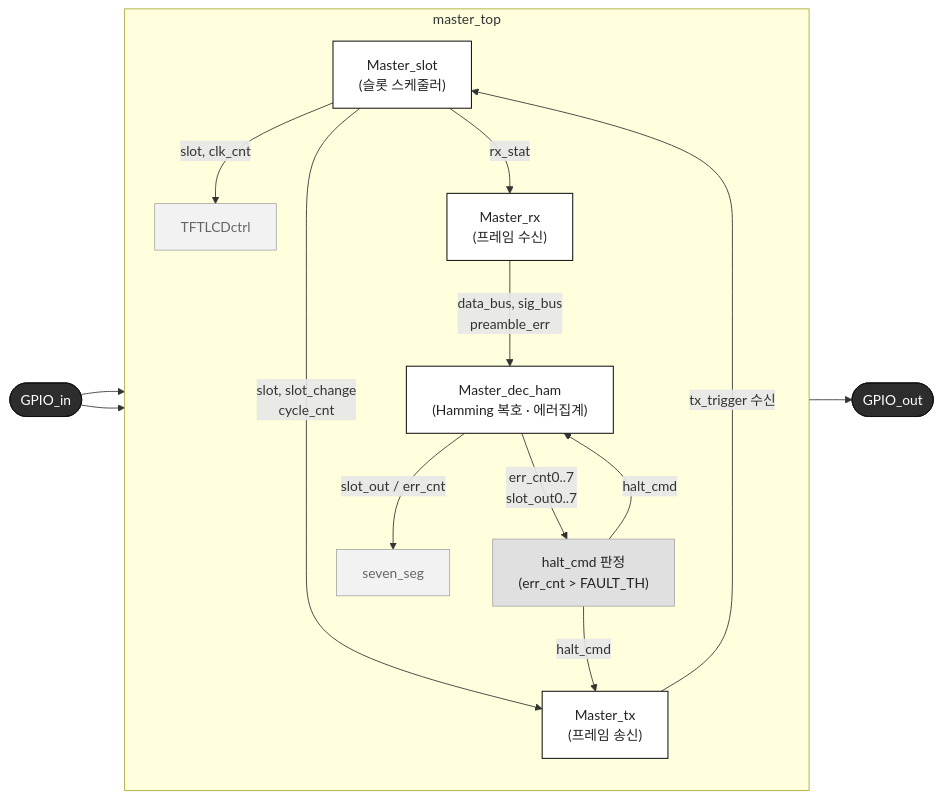
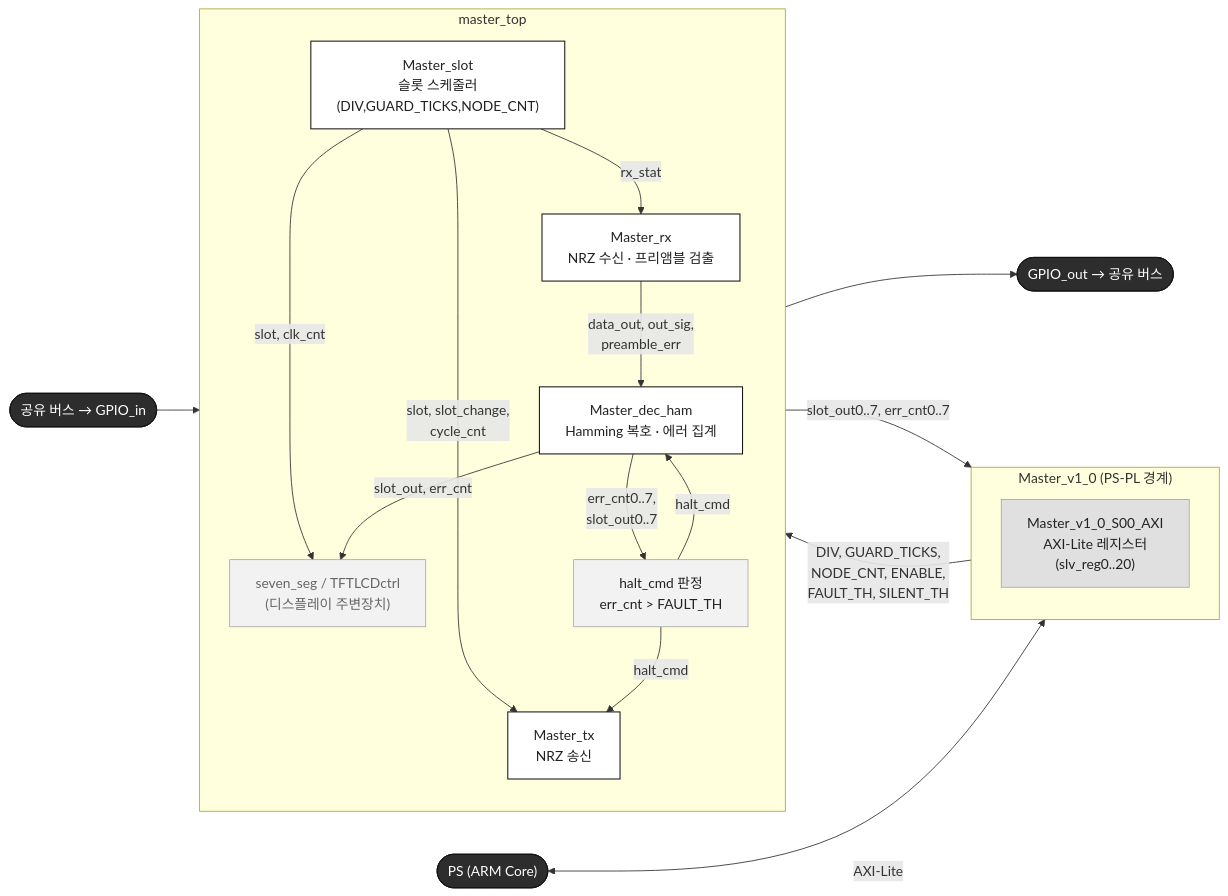
One commit to Woodong02/SoC_Design_and_Programming changed the diagram in diagrams/master_block.mmd. Above: the diagram before and after it, drawn with Mermaid. The commit also changed 1 other file, not shown here.

Commit message:
마스터 내부 블록도 초안 추가 (AXI-PS 경계 포함)

```diff
--- a/diagrams/master_block.mmd
+++ b/diagrams/master_block.mmd
@@ -1,33 +1,42 @@
 flowchart LR
-    subgraph MasterTop ["master_top"]
+    PS(["PS (ARM Core)"]):::io
+
+    subgraph V1 ["Master_v1_0 (PS-PL 경계)"]
         direction TB
-        SLOT["Master_slot<br/>(슬롯 스케줄러)"]:::core
-        TX["Master_tx<br/>(프레임 송신)"]:::core
-        RX["Master_rx<br/>(프레임 수신)"]:::core
-        DEC["Master_dec_ham<br/>(Hamming 복호 · 에러집계)"]:::core
-        HALT["halt_cmd 판정<br/>(err_cnt > FAULT_TH)"]:::logic
-        SEG["seven_seg"]:::periph
-        LCD["TFTLCDctrl"]:::periph
-
-        SLOT -->|"slot, slot_change<br/>cycle_cnt"| TX
-        SLOT -->|"slot, clk_cnt"| LCD
-        SLOT -->|"rx_stat"| RX
-        TX -->|"tx_trigger 수신"| SLOT
-        RX -->|"data_bus, sig_bus<br/>preamble_err"| DEC
-        DEC -->|"err_cnt0..7<br/>slot_out0..7"| HALT
-        HALT -->|"halt_cmd"| TX
-        HALT -->|"halt_cmd"| DEC
-        DEC -->|"slot_out / err_cnt"| SEG
+        AXIREG["Master_v1_0_S00_AXI<br/>AXI-Lite 레지스터<br/>(slv_reg0..20)"]:::axi
     end
 
-    GPIO_OUT(["GPIO_out"]):::io
-    GPIO_IN(["GPIO_in"]):::io
+    subgraph TOP ["master_top"]
+        direction TB
+        SLOT["Master_slot<br/>슬롯 스케줄러<br/>(DIV,GUARD_TICKS,NODE_CNT)"]:::core
+        TX["Master_tx<br/>NRZ 송신"]:::core
+        RX["Master_rx<br/>NRZ 수신 · 프리앰블 검출"]:::core
+        DEC["Master_dec_ham<br/>Hamming 복호 · 에러 집계"]:::core
+        HALT["halt_cmd 판정<br/>err_cnt &gt; FAULT_TH"]:::logic
+        DISP["seven_seg / TFTLCDctrl<br/>(디스플레이 주변장치)"]:::periph
+    end
 
+    GPIO_OUT(["GPIO_out → 공유 버스"]):::io
+    GPIO_IN(["공유 버스 → GPIO_in"]):::io
+
+    PS <-->|"AXI-Lite"| AXIREG
+    AXIREG -->|"DIV, GUARD_TICKS,<br/>NODE_CNT, ENABLE,<br/>FAULT_TH, SILENT_TH"| SLOT
+    SLOT -->|"slot, slot_change,<br/>cycle_cnt"| TX
+    SLOT -->|"rx_stat"| RX
+    SLOT -->|"slot, clk_cnt"| DISP
+
+    GPIO_IN --> RX
+    RX -->|"data_out, out_sig,<br/>preamble_err"| DEC
+    DEC -->|"err_cnt0..7,<br/>slot_out0..7"| HALT
+    HALT -->|"halt_cmd"| TX
+    HALT -->|"halt_cmd"| DEC
     TX --> GPIO_OUT
-    GPIO_IN --> RX
-    GPIO_IN --> LCD
 
+    DEC -->|"slot_out, err_cnt"| DISP
+    DEC -->|"slot_out0..7, err_cnt0..7"| AXIREG
+
+    classDef io fill:#2D2D2D,stroke:#111111,color:#FFFFFF
+    classDef axi fill:#E0E0E0,stroke:#999999,stroke-width:0.8px,color:#222222
     classDef core fill:#FFFFFF,stroke:#111111,stroke-width:1.2px,color:#222222
-    classDef logic fill:#E0E0E0,stroke:#999999,stroke-width:0.8px,color:#222222
+    classDef logic fill:#F2F2F2,stroke:#999999,stroke-width:0.8px,color:#222222
     classDef periph fill:#F2F2F2,stroke:#999999,stroke-width:0.8px,color:#666666
-    classDef io fill:#2D2D2D,stroke:#111111,color:#FFFFFF
```
